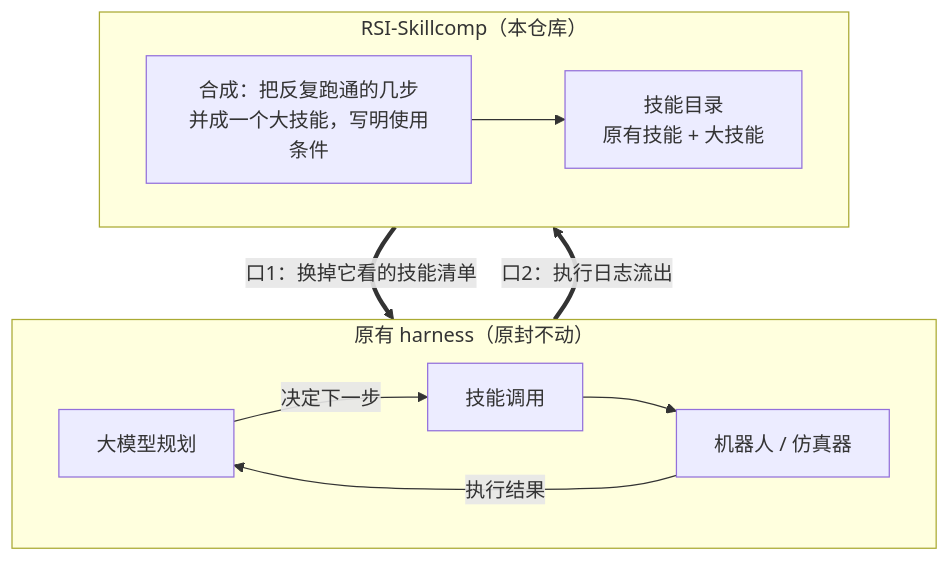
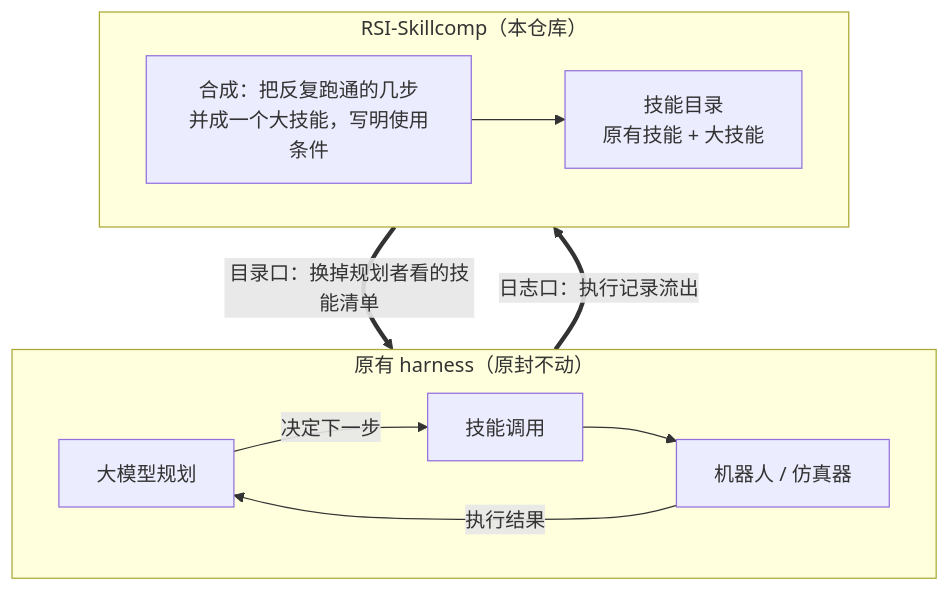
The second of 3 diagrams in README.md (Qam1ng/RSI-Skillcomp), drawn with Mermaid before and after one commit. The commit also changed other lines of this file and 1 other file, not shown here.

````diff
--- a/README.md
+++ b/README.md
@@ -34,15 +36,15 @@
 ```mermaid
 flowchart TB
     subgraph H["原有 harness（原封不动）"]
         direction LR
         P[大模型规划] -- 决定下一步 --> E[技能调用]
         E --> R[机器人 / 仿真器]
         R -- 执行结果 --> P
     end
     subgraph S["RSI-Skillcomp（本仓库）"]
         direction LR
         M[合成：把反复跑通的几步<br/>并成一个大技能，写明使用条件] --> C[技能目录<br/>原有技能 + 大技能]
     end
-    C == 口1：换掉它看的技能清单 ==> P
-    E == 口2：执行日志流出 ==> M
+    C == 目录口：换掉规划者看的技能清单 ==> P
+    E == 日志口：执行记录流出 ==> M
 ```
````
